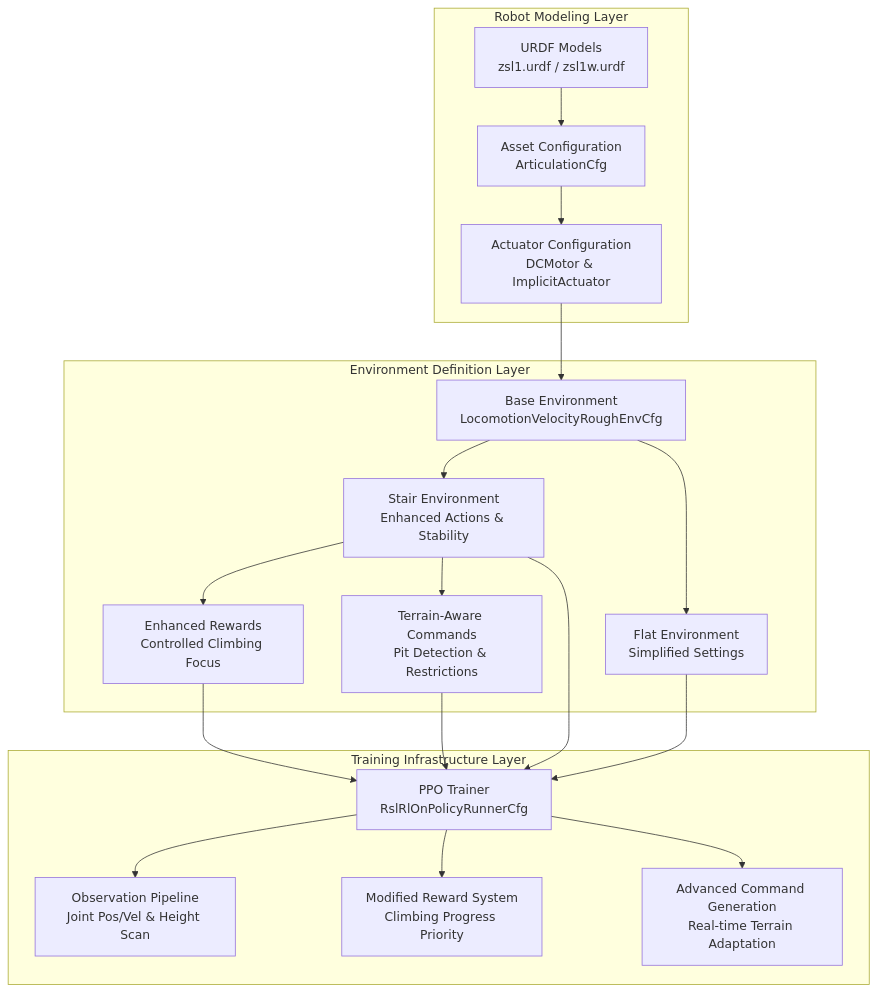
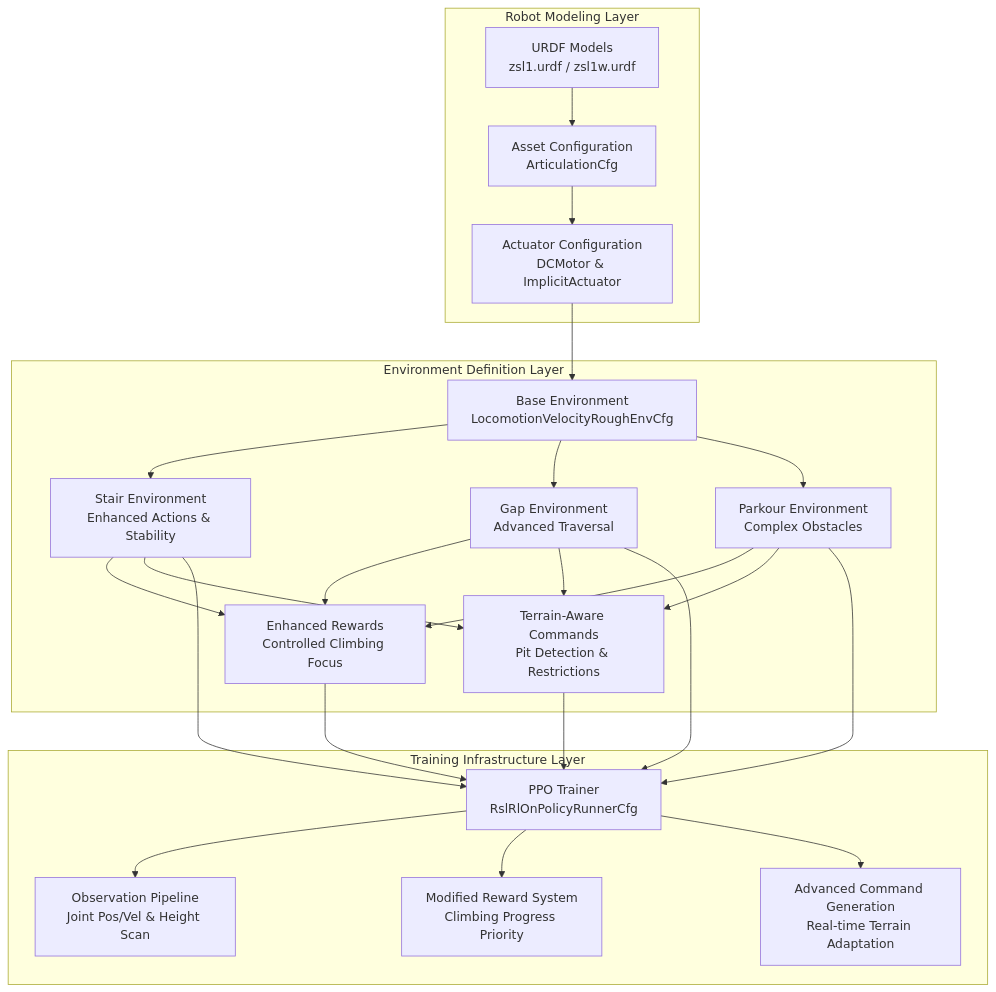
The second of 10 diagrams in .qoder/repowiki/en/content/ZSIBOT ZSL1 Stair Climbing Configuration.md (jayjayhust/robot_lab), drawn with Mermaid before and after one commit. The commit also changed other lines of this file and 9 other files, not shown here.

````diff
--- a/.qoder/repowiki/en/content/ZSIBOT ZSL1 Stair Climbing Configuration.md
+++ b/.qoder/repowiki/en/content/ZSIBOT ZSL1 Stair Climbing Configuration.md
@@ -158,35 +172,42 @@
 ```mermaid
 graph TB
 subgraph "Robot Modeling Layer"
 URDF_MODEL["URDF Models<br/>zsl1.urdf / zsl1w.urdf"]
 ASSET_CONFIG["Asset Configuration<br/>ArticulationCfg"]
 ACTUATOR_CONFIG["Actuator Configuration<br/>DCMotor & ImplicitActuator"]
 end
 subgraph "Environment Definition Layer"
 BASE_ENV["Base Environment<br/>LocomotionVelocityRoughEnvCfg"]
 STAIR_ENV["Stair Environment<br/>Enhanced Actions & Stability"]
-FLAT_ENV["Flat Environment<br/>Simplified Settings"]
+GAP_ENV["Gap Environment<br/>Advanced Traversal"]
+PARKOUR_ENV["Parkour Environment<br/>Complex Obstacles"]
 ENHANCED_REWARDS["Enhanced Rewards<br/>Controlled Climbing Focus"]
 TERRAIN_COMMANDS["Terrain-Aware Commands<br/>Pit Detection & Restrictions"]
 end
 subgraph "Training Infrastructure Layer"
 PPO_TRAINER["PPO Trainer<br/>RslRlOnPolicyRunnerCfg"]
 OBSERVATION["Observation Pipeline<br/>Joint Pos/Vel & Height Scan"]
 REWARD_SYSTEM["Modified Reward System<br/>Climbing Progress Priority"]
 COMMAND_GENERATION["Advanced Command Generation<br/>Real-time Terrain Adaptation"]
 end
 URDF_MODEL --> ASSET_CONFIG
 ASSET_CONFIG --> ACTUATOR_CONFIG
 ACTUATOR_CONFIG --> BASE_ENV
 BASE_ENV --> STAIR_ENV
-BASE_ENV --> FLAT_ENV
+BASE_ENV --> GAP_ENV
+BASE_ENV --> PARKOUR_ENV
 STAIR_ENV --> ENHANCED_REWARDS
+GAP_ENV --> ENHANCED_REWARDS
+PARKOUR_ENV --> ENHANCED_REWARDS
 STAIR_ENV --> TERRAIN_COMMANDS
+GAP_ENV --> TERRAIN_COMMANDS
+PARKOUR_ENV --> TERRAIN_COMMANDS
 ENHANCED_REWARDS --> PPO_TRAINER
 TERRAIN_COMMANDS --> PPO_TRAINER
 STAIR_ENV --> PPO_TRAINER
-FLAT_ENV --> PPO_TRAINER
+GAP_ENV --> PPO_TRAINER
+PARKOUR_ENV --> PPO_TRAINER
 PPO_TRAINER --> OBSERVATION
 PPO_TRAINER --> REWARD_SYSTEM
 PPO_TRAINER --> COMMAND_GENERATION
 ```
````
